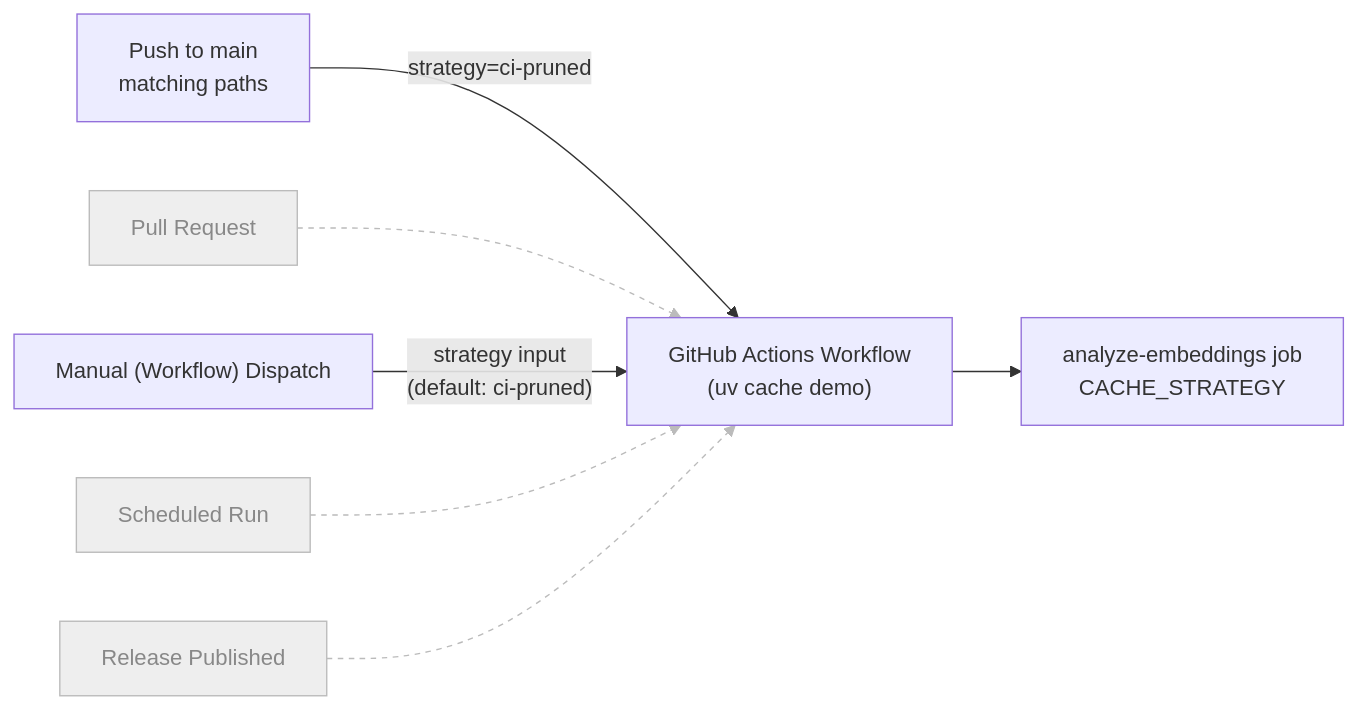
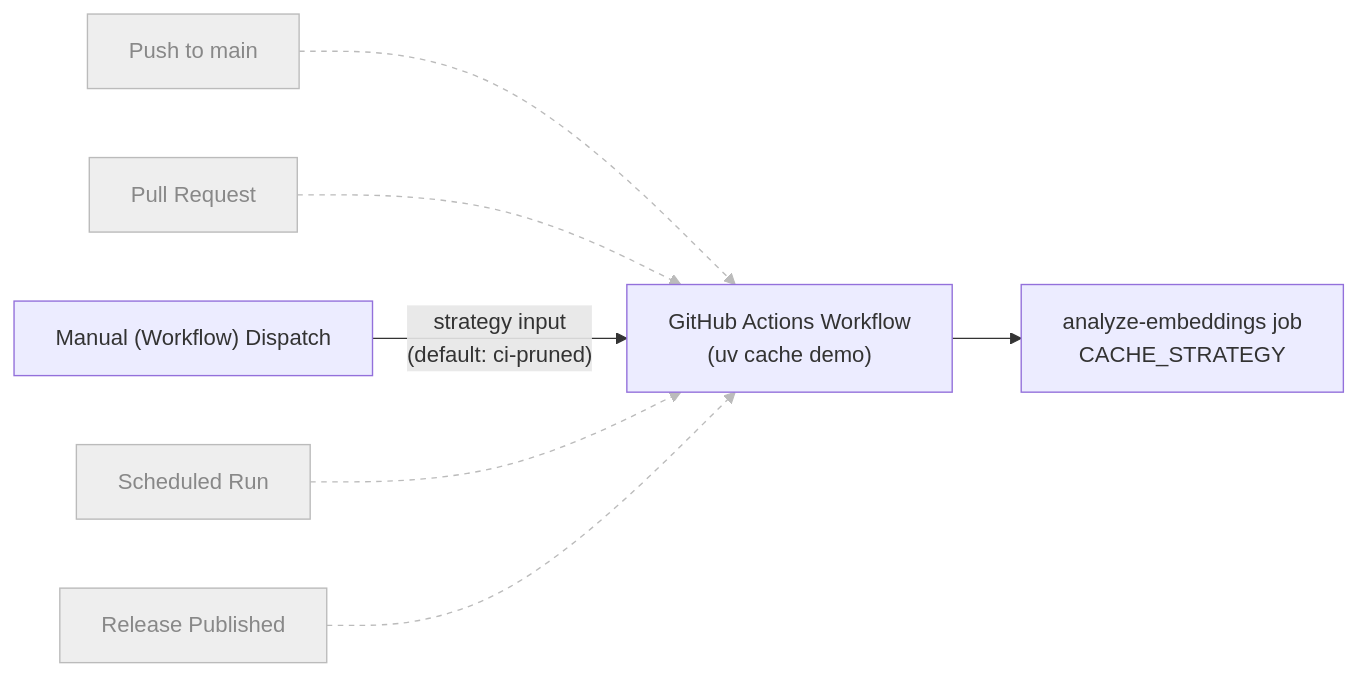
One commit to ValentinTwin1206/modern-python-devops-egineering changed the diagram in docs/chapter-03/section-04.md. Above: the diagram before and after it, drawn with Mermaid. The commit also changed other lines of this file and 1 other file, not shown here.

````diff
--- a/docs/chapter-03/section-04.md
+++ b/docs/chapter-03/section-04.md
@@ -38,13 +38,13 @@
 ```mermaid
 flowchart LR
-    A["Push to main<br>matching paths"] -->|"strategy=ci-pruned"| W["GitHub Actions Workflow<br>(uv cache demo)"]
+    A["Push to main"] --> W["GitHub Actions Workflow<br>(uv cache demo)"]
     B["Pull Request"] --> W
     C["Manual (Workflow) Dispatch"] -->|"strategy input<br>(default: ci-pruned)"| W
     D["Scheduled Run"] --> W
     E["Release Published"] --> W
     W --> J["analyze-embeddings job<br>CACHE_STRATEGY"]
 
     classDef unused fill:#eee,stroke:#bbb,color:#888
-    class B,D,E unused
-    linkStyle 1,3,4 stroke:#bbb,stroke-dasharray:4 4
+    class A,B,D,E unused
+    linkStyle 0,1,3,4 stroke:#bbb,stroke-dasharray:4 4
 ```
````
